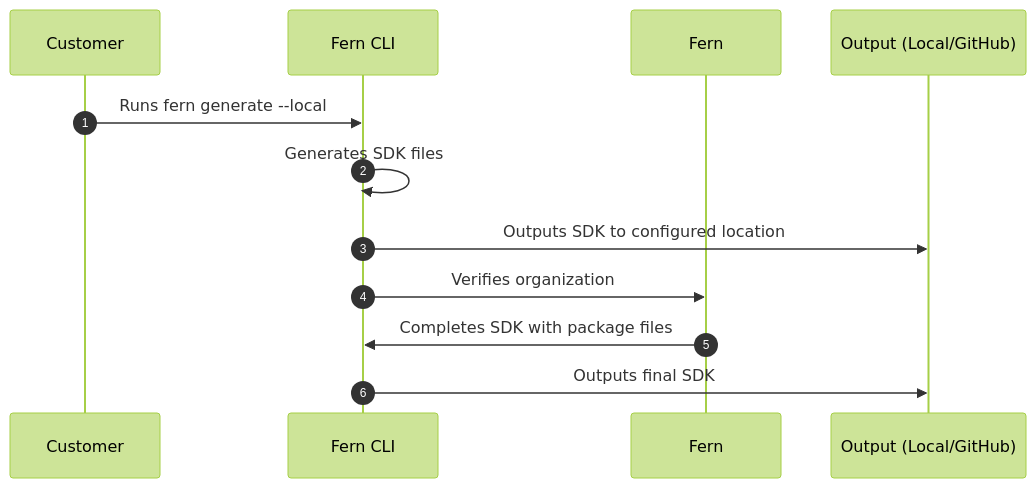
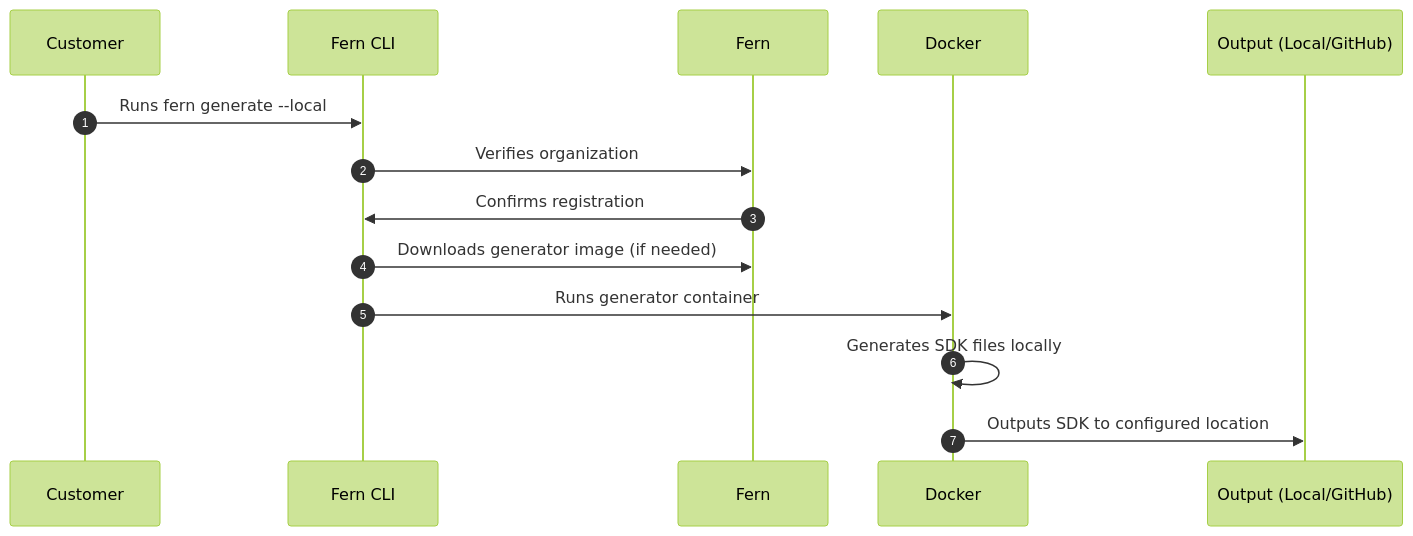
Before and after one commit to fern-api/docs: the diagram in fern/products/sdks/guides/self-hosted.mdx, drawn with Mermaid (forest theme). The commit also changed other lines of this file, not shown here.

Commit message:
docs: update self-hosted SDK process flow with correct order, Docker requirement, and network call details

````diff
--- a/fern/products/sdks/guides/self-hosted.mdx
+++ b/fern/products/sdks/guides/self-hosted.mdx
@@ -91,14 +104,16 @@
 ```mermaid
 sequenceDiagram
     autonumber
     participant C as Customer
     participant CLI as Fern CLI
     participant F as Fern
+    participant D as Docker
     participant O as Output (Local/GitHub)
     C->>CLI: Runs fern generate --local
-    CLI->>CLI: Generates SDK files
-    CLI->>O: Outputs SDK to configured location
     CLI->>F: Verifies organization
-    F->>CLI: Completes SDK with package files
-    CLI->>O: Outputs final SDK
+    F->>CLI: Confirms registration
+    CLI->>F: Downloads generator image (if needed)
+    CLI->>D: Runs generator container
+    D->>D: Generates SDK files locally
+    D->>O: Outputs SDK to configured location
 ```
````
